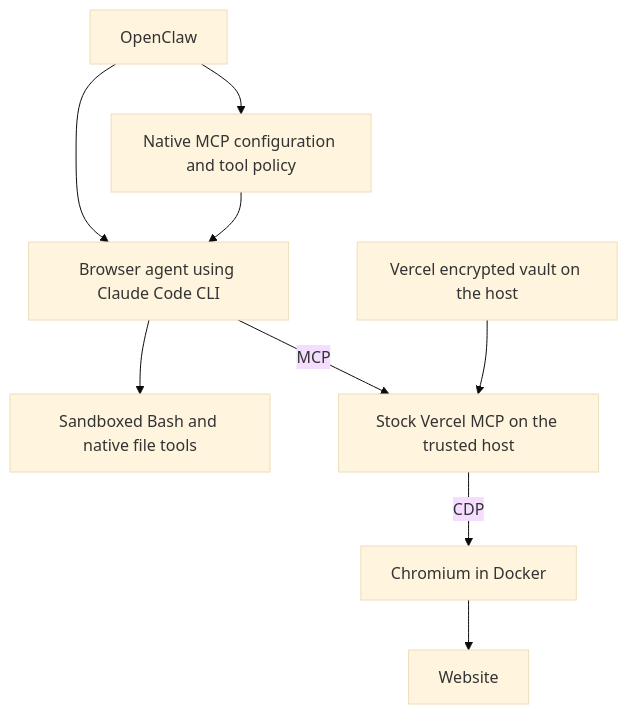
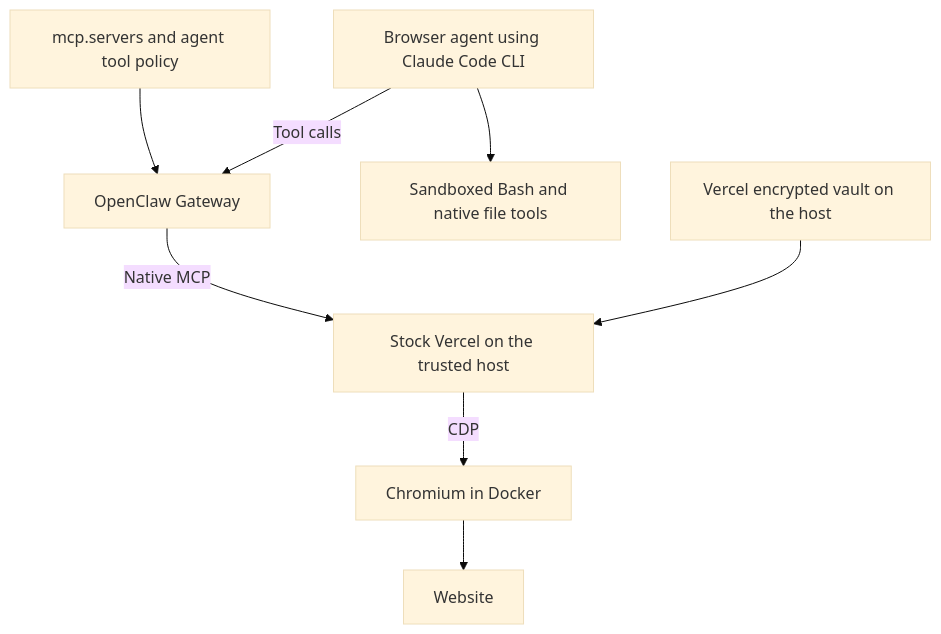
One commit to coletaylor788/puddles changed the diagram in docs/plans/vercel-browser-authentication.md. Above: the diagram before and after it, drawn with Mermaid (base theme). The commit also changed other lines of this file and 1 other file, not shown here.

Commit message:
Specify native Gateway MCP routing and runtime prerequisite

````diff
--- a/docs/plans/vercel-browser-authentication.md
+++ b/docs/plans/vercel-browser-authentication.md
@@ -15,11 +15,10 @@
 ```mermaid
 graph TD
-    A["OpenClaw"] --> B["Browser agent using Claude Code CLI"]
-    B --> C["Sandboxed Bash and native file tools"]
-    A --> G["Native MCP configuration and tool policy"]
-    G --> B
-    B -->|"MCP"| D["Stock Vercel MCP on the trusted host"]
-    V["Vercel encrypted vault on the host"] --> D
-    D -->|"CDP"| E["Chromium in Docker"]
-    E --> F["Website"]
+    C["mcp.servers and agent tool policy"] --> G["OpenClaw Gateway"]
+    A["Browser agent using Claude Code CLI"] -->|"Tool calls"| G
+    A --> B["Sandboxed Bash and native file tools"]
+    G -->|"Native MCP"| V["Stock Vercel on the trusted host"]
+    K["Vercel encrypted vault on the host"] --> V
+    V -->|"CDP"| D["Chromium in Docker"]
+    D --> W["Website"]
 ```
````
